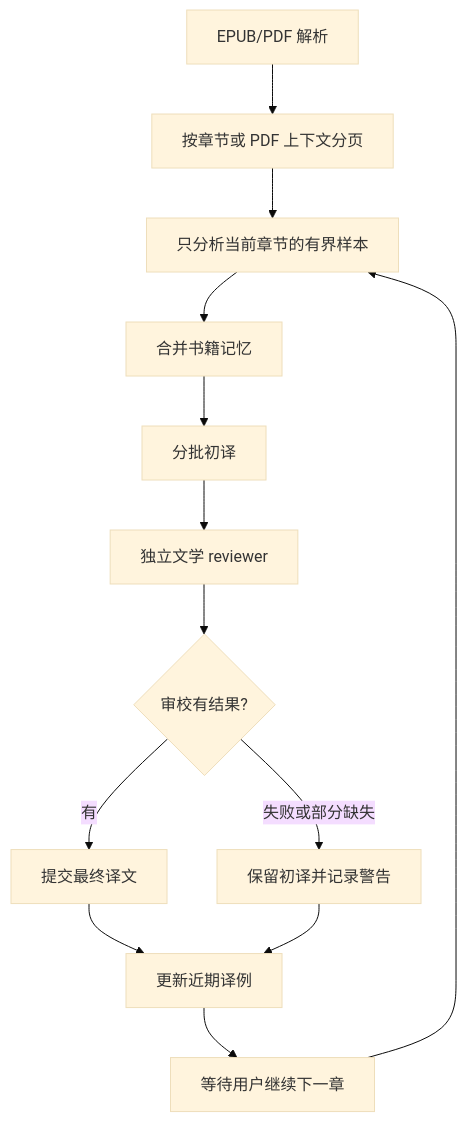
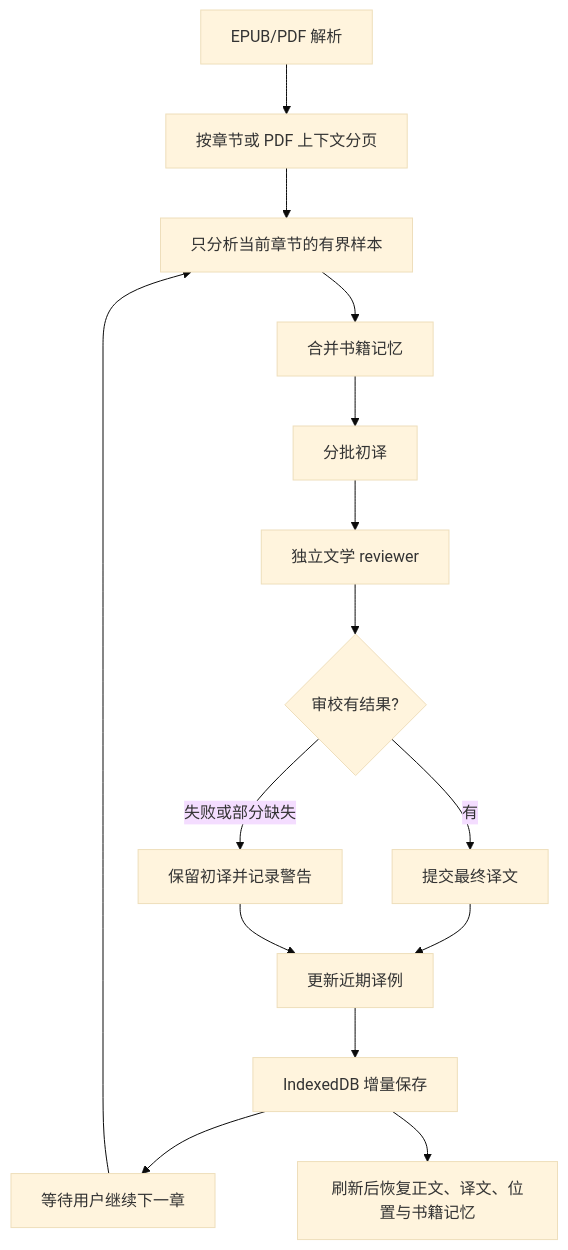
The diagram in docs/ebook-literary-translation.md (saga/fanyi-extension), drawn with Mermaid (base theme) before and after one commit. The commit also changed other lines of this file, not shown here.

````diff
--- a/docs/ebook-literary-translation.md
+++ b/docs/ebook-literary-translation.md
@@ -11,15 +11,17 @@
 ```mermaid
 flowchart TD
   A[EPUB/PDF 解析] --> B[按章节或 PDF 上下文分页]
   B --> C[只分析当前章节的有界样本]
   C --> D[合并书籍记忆]
   D --> E[分批初译]
   E --> F[独立文学 reviewer]
   F --> G{审校有结果?}
   G -->|有| H[提交最终译文]
   G -->|失败或部分缺失| I[保留初译并记录警告]
   H --> J[更新近期译例]
   I --> J
-  J --> K[等待用户继续下一章]
+  J --> S[IndexedDB 增量保存]
+  S --> K[等待用户继续下一章]
   K --> C
+  S --> R[刷新后恢复正文、译文、位置与书籍记忆]
 ```
````
